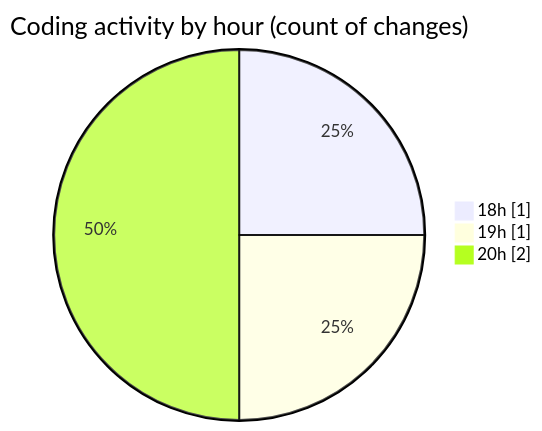
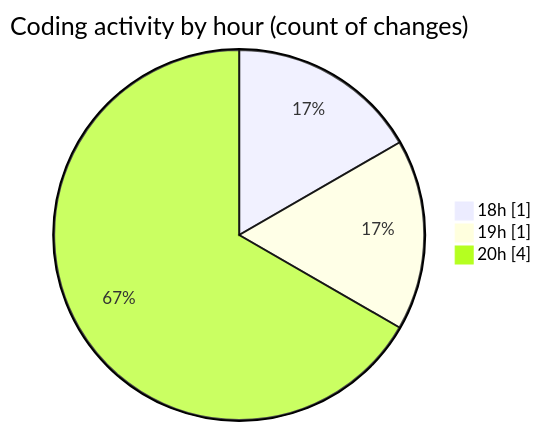
One commit to shibass792/code-tracking changed the second of 2 diagrams in 2026-07-16/cubase_15_64/README.md. Above: the diagram before and after it, drawn with Mermaid. The commit also changed other lines of this file and 1 other file, not shown here.

````diff
--- a/2026-07-16/cubase_15_64/README.md
+++ b/2026-07-16/cubase_15_64/README.md
@@ -28,7 +28,7 @@
 ```mermaid
 pie showData
 title Coding activity by hour (count of changes)
 "18h" : 1
 "19h" : 1
-"20h" : 2
+"20h" : 4
 ```
````
